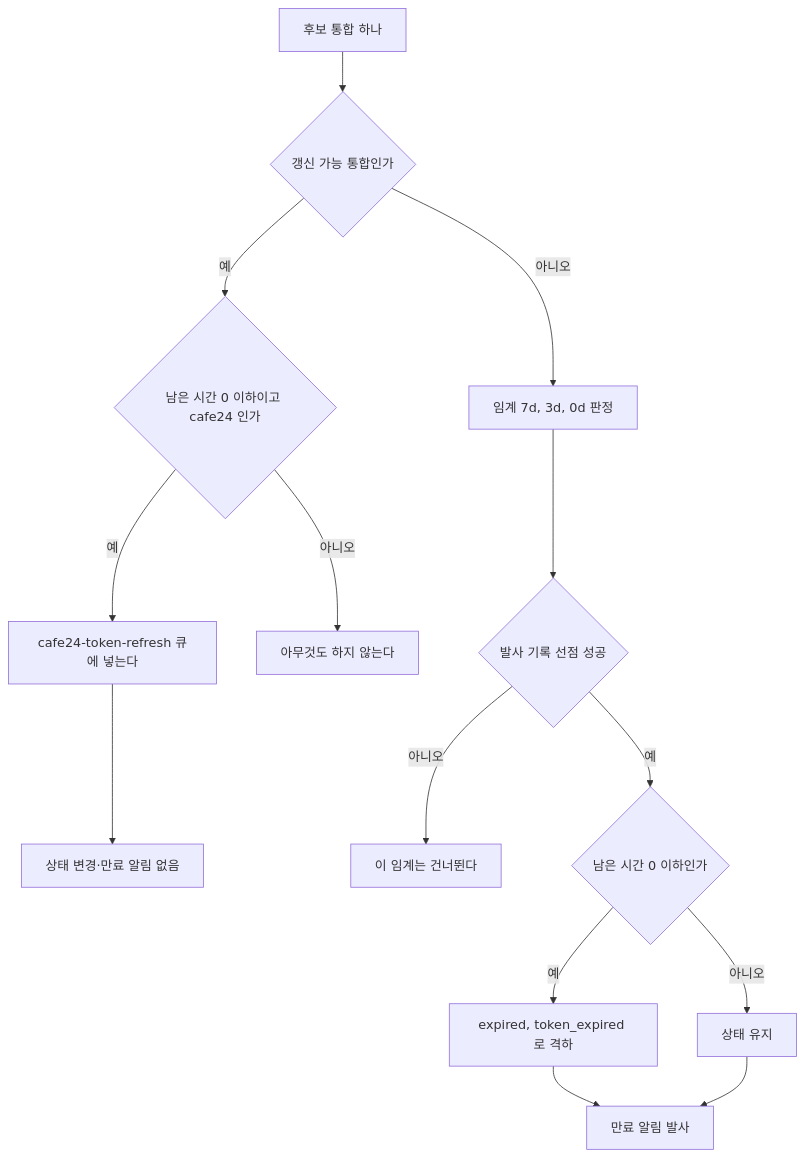
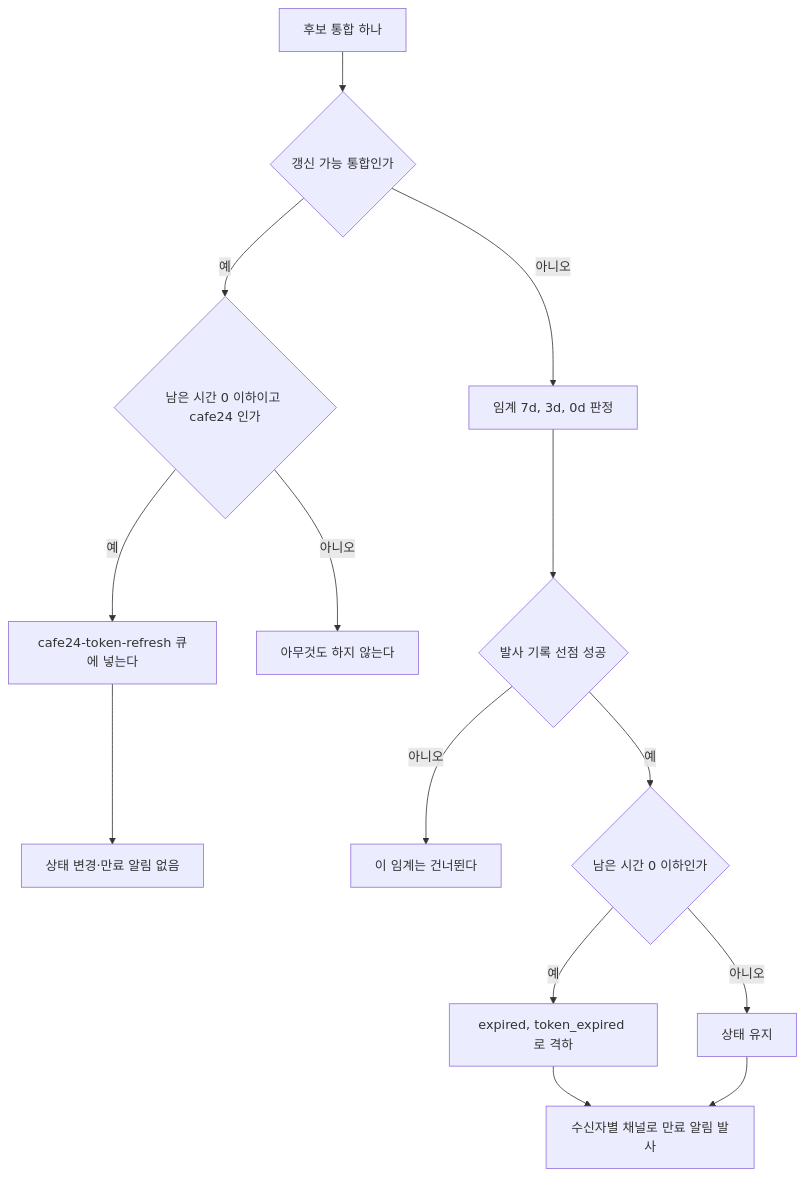
The diagram in spec/CLE-INT/CLE-INT-STATUS-SCAN.md (worker-ants/clemvion), drawn with Mermaid before and after one commit. The commit also changed other lines of this file and 8 other files, not shown here.

````diff
--- a/spec/CLE-INT/CLE-INT-STATUS-SCAN.md
+++ b/spec/CLE-INT/CLE-INT-STATUS-SCAN.md
@@ -40,16 +40,16 @@
 ```mermaid
 flowchart TD
   A[후보 통합 하나] --> B{갱신 가능 통합인가}
   B -- 예 --> C{남은 시간 0 이하이고 cafe24 인가}
   C -- 예 --> D[cafe24-token-refresh 큐에 넣는다]
   C -- 아니오 --> E[아무것도 하지 않는다]
   D --> E2[상태 변경·만료 알림 없음]
   B -- 아니오 --> F[임계 7d, 3d, 0d 판정]
   F --> G{발사 기록 선점 성공}
   G -- 아니오 --> H[이 임계는 건너뛴다]
   G -- 예 --> I{남은 시간 0 이하인가}
   I -- 예 --> J[expired, token_expired 로 격하]
   I -- 아니오 --> K[상태 유지]
-  J --> L[만료 알림 발사]
+  J --> L[수신자별 채널로 만료 알림 발사]
   K --> L
 ```
````
